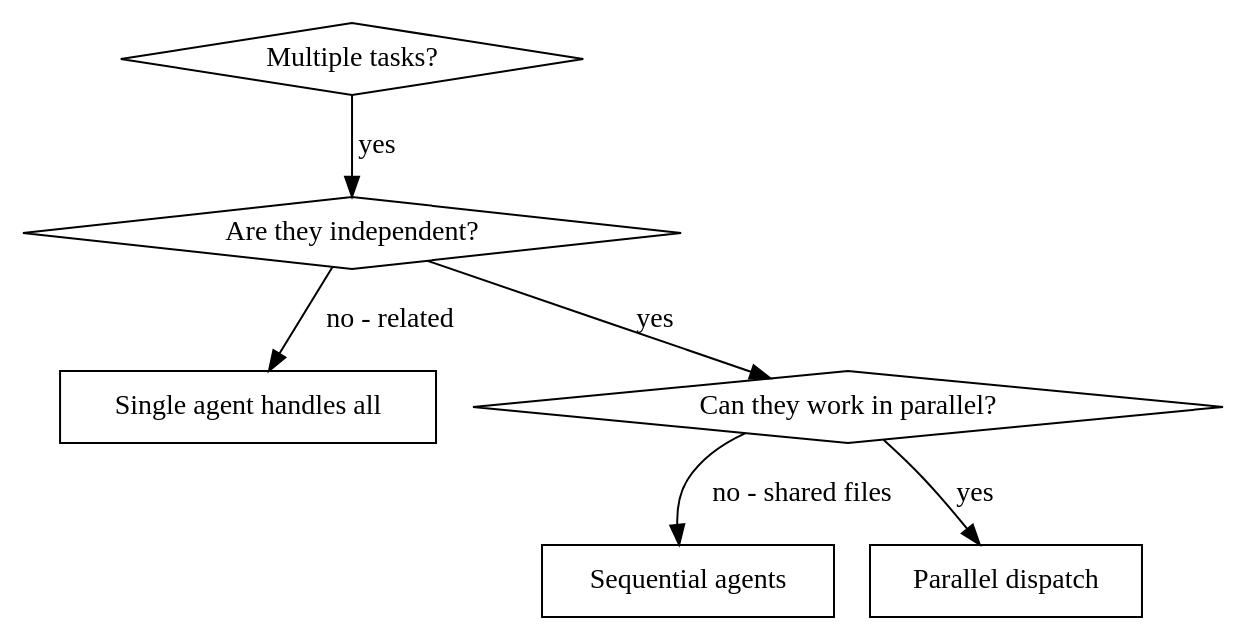
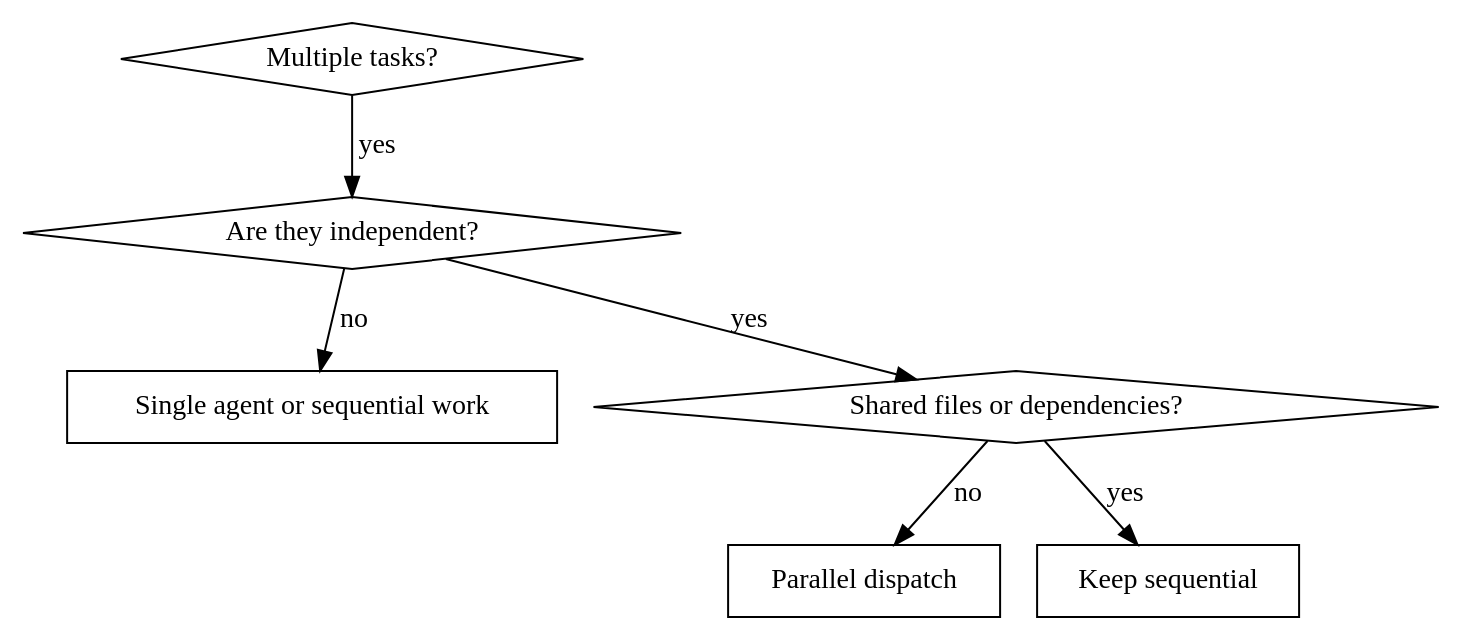
Before and after one commit to kmj5228/aim-harness: the diagram in generated/aim-harness/skills/collab/dispatching-parallel-agents/SKILL.md, drawn with Graphviz. The commit also changed other lines of this file and 50 other files, not shown here.

````diff
--- a/generated/aim-harness/skills/collab/dispatching-parallel-agents/SKILL.md
+++ b/generated/aim-harness/skills/collab/dispatching-parallel-agents/SKILL.md
@@ -16,16 +16,16 @@
 ```dot
 digraph when_to_use {
     "Multiple tasks?" [shape=diamond];
     "Are they independent?" [shape=diamond];
-    "Single agent handles all" [shape=box];
-    "Can they work in parallel?" [shape=diamond];
-    "Sequential agents" [shape=box];
+    "Single agent or sequential work" [shape=box];
+    "Shared files or dependencies?" [shape=diamond];
     "Parallel dispatch" [shape=box];
+    "Keep sequential" [shape=box];
 
     "Multiple tasks?" -> "Are they independent?" [label="yes"];
-    "Are they independent?" -> "Single agent handles all" [label="no - related"];
-    "Are they independent?" -> "Can they work in parallel?" [label="yes"];
-    "Can they work in parallel?" -> "Parallel dispatch" [label="yes"];
-    "Can they work in parallel?" -> "Sequential agents" [label="no - shared files"];
+    "Are they independent?" -> "Single agent or sequential work" [label="no"];
+    "Are they independent?" -> "Shared files or dependencies?" [label="yes"];
+    "Shared files or dependencies?" -> "Parallel dispatch" [label="no"];
+    "Shared files or dependencies?" -> "Keep sequential" [label="yes"];
 }
 ```
````
